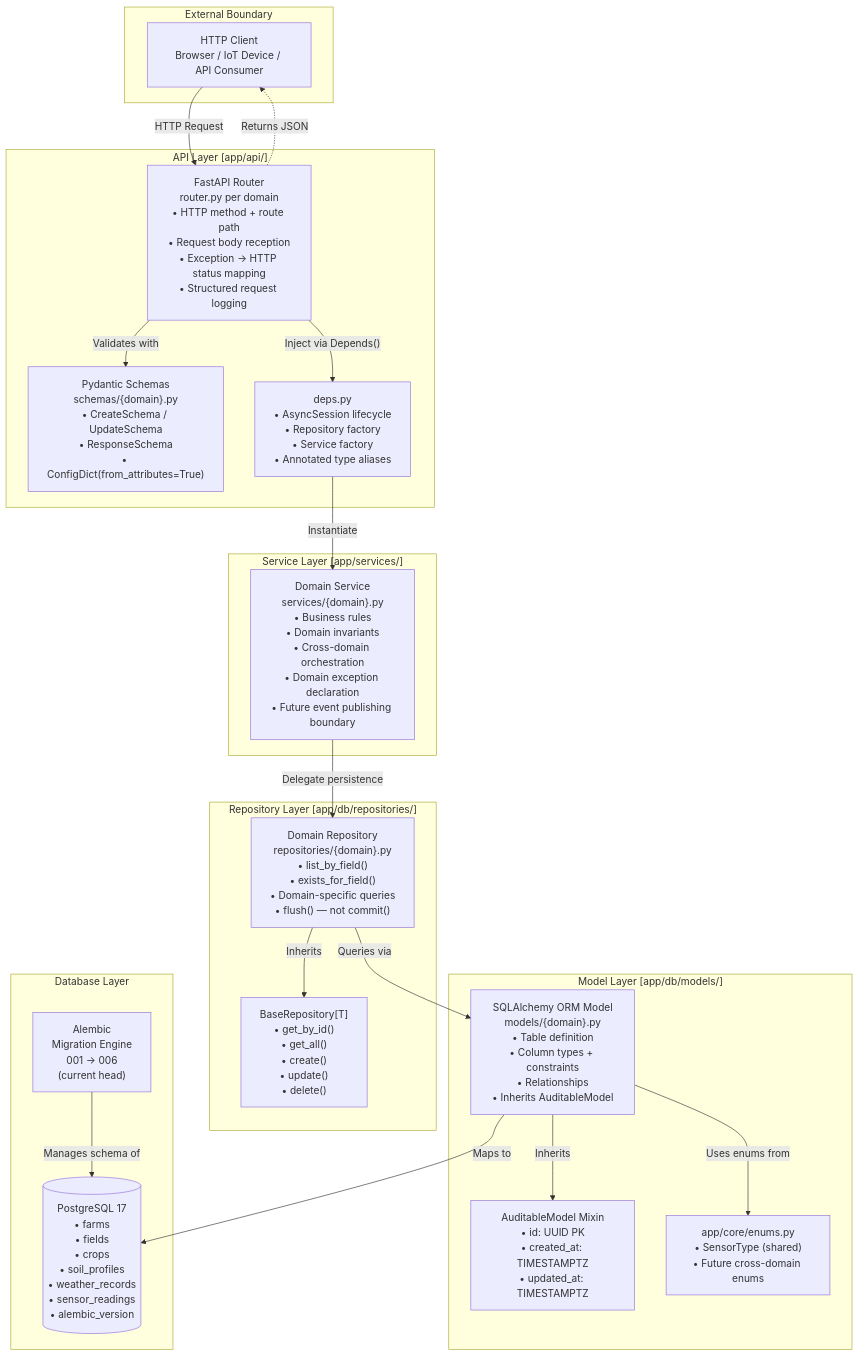
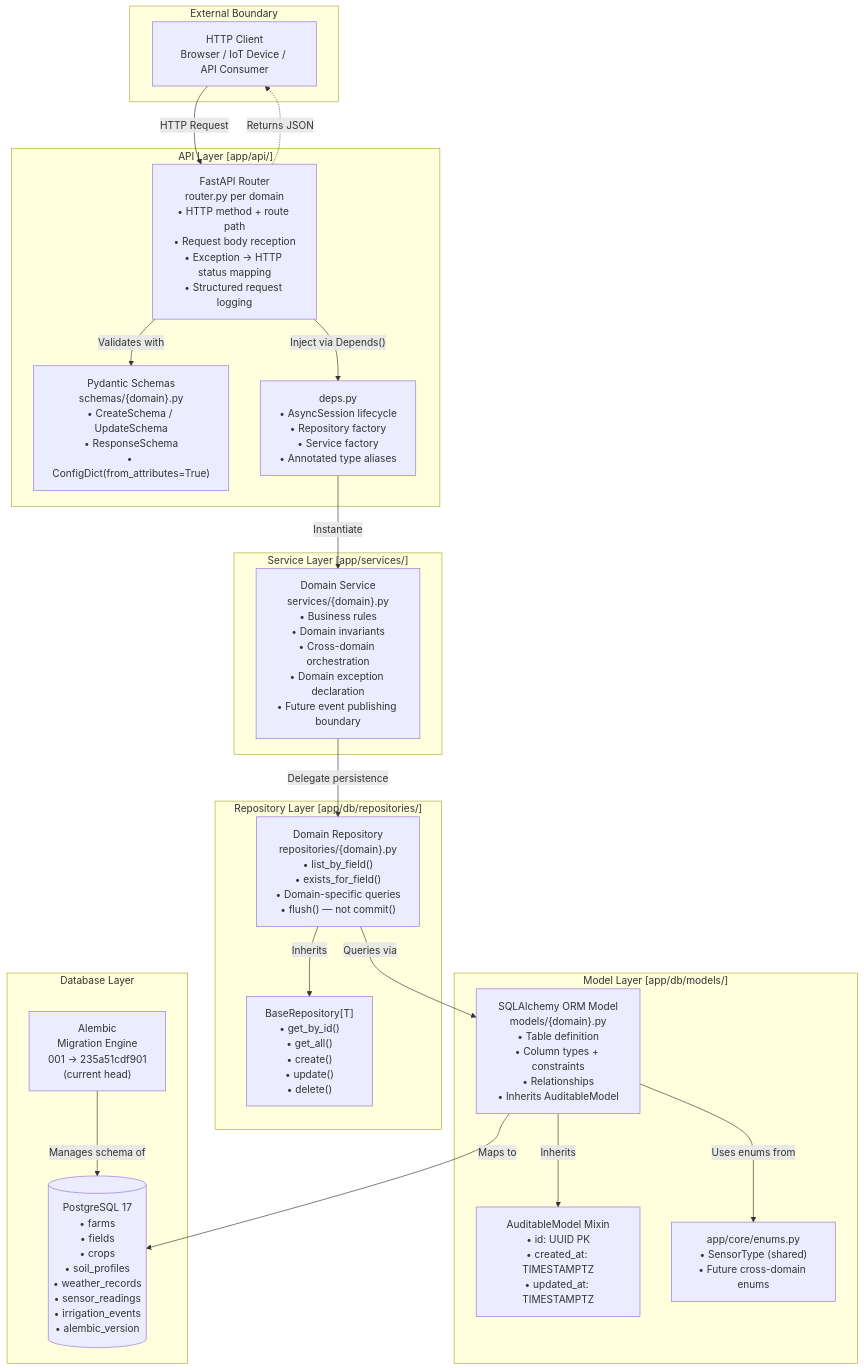
Before and after one commit to santoshnarayanan/AGRIFLOW-AI: the third of 18 diagrams in docs/09-architecture-diagrams.md, drawn with Mermaid. The commit also changed other lines of this file and 8 other files, not shown here.

````diff
--- a/docs/09-architecture-diagrams.md
+++ b/docs/09-architecture-diagrams.md
@@ -142,45 +153,45 @@
 ```mermaid
 graph TB
     subgraph "External Boundary"
         Client["HTTP Client\nBrowser / IoT Device / API Consumer"]
     end
 
     subgraph "API Layer  [app/api/]"
         Router["FastAPI Router\nrouter.py per domain\n• HTTP method + route path\n• Request body reception\n• Exception → HTTP status mapping\n• Structured request logging"]
         Schema["Pydantic Schemas\nschemas/{domain}.py\n• CreateSchema / UpdateSchema\n• ResponseSchema\n• ConfigDict(from_attributes=True)"]
         Deps["deps.py\n• AsyncSession lifecycle\n• Repository factory\n• Service factory\n• Annotated type aliases"]
     end
 
     subgraph "Service Layer  [app/services/]"
         Service["Domain Service\nservices/{domain}.py\n• Business rules\n• Domain invariants\n• Cross-domain orchestration\n• Domain exception declaration\n• Future event publishing boundary"]
     end
 
     subgraph "Repository Layer  [app/db/repositories/]"
         BaseRepo["BaseRepository[T]\n• get_by_id()\n• get_all()\n• create()\n• update()\n• delete()"]
         ConcreteRepo["Domain Repository\nrepositories/{domain}.py\n• list_by_field()\n• exists_for_field()\n• Domain-specific queries\n• flush() — not commit()"]
     end
 
     subgraph "Model Layer  [app/db/models/]"
         ORM["SQLAlchemy ORM Model\nmodels/{domain}.py\n• Table definition\n• Column types + constraints\n• Relationships\n• Inherits AuditableModel"]
         AuditMixin["AuditableModel Mixin\n• id: UUID PK\n• created_at: TIMESTAMPTZ\n• updated_at: TIMESTAMPTZ"]
         CoreEnums["app/core/enums.py\n• SensorType (shared)\n• Future cross-domain enums"]
     end
 
     subgraph "Database Layer"
-        PG[("PostgreSQL 17\n• farms\n• fields\n• crops\n• soil_profiles\n• weather_records\n• sensor_readings\n• alembic_version")]
-        Alembic["Alembic\nMigration Engine\n001 → 006\n(current head)"]
+        PG[("PostgreSQL 17\n• farms\n• fields\n• crops\n• soil_profiles\n• weather_records\n• sensor_readings\n• irrigation_events\n• alembic_version")]
+        Alembic["Alembic\nMigration Engine\n001 → 235a51cdf901\n(current head)"]
     end
 
     Client -->|"HTTP Request"| Router
     Router -->|"Inject via Depends()"| Deps
     Deps -->|"Instantiate"| Service
     Service -->|"Delegate persistence"| ConcreteRepo
     ConcreteRepo -->|"Inherits"| BaseRepo
     ConcreteRepo -->|"Queries via"| ORM
     ORM -->|"Inherits"| AuditMixin
     ORM -->|"Uses enums from"| CoreEnums
     ORM -->|"Maps to"| PG
     Alembic -->|"Manages schema of"| PG
     Router -->|"Validates with"| Schema
     Router -.->|"Returns JSON"| Client
 ```
````
